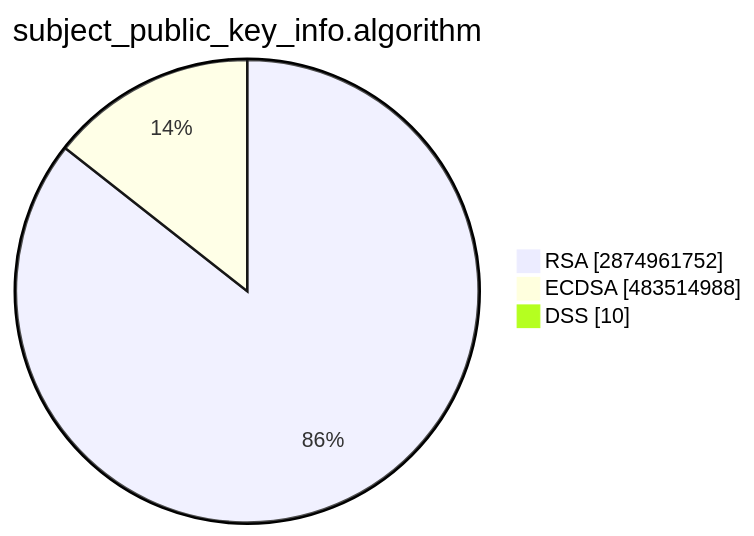
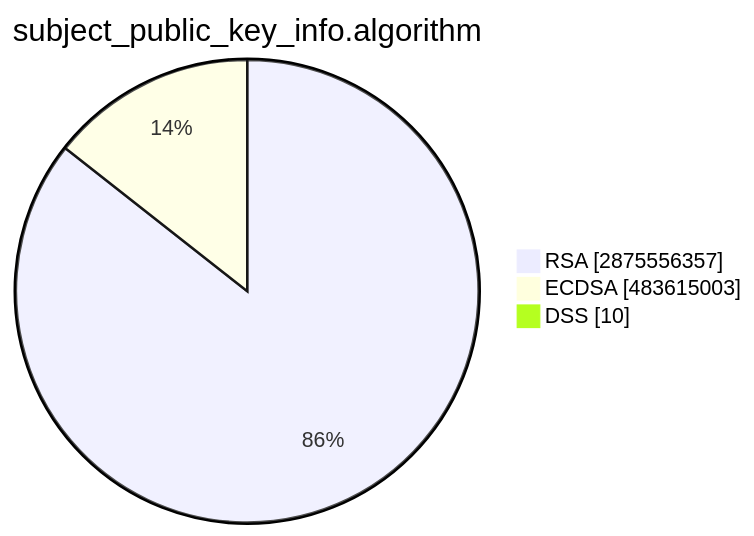
The second of 15 diagrams in TOTAL/README.md (christiankrug/ctmonitor_visualization), drawn with Mermaid before and after one commit. The commit also changed other lines of this file, not shown here.

````diff
--- a/TOTAL/README.md
+++ b/TOTAL/README.md
@@ -6,7 +6,7 @@
 ```mermaid
 pie showData
 title subject_public_key_info.algorithm
-"RSA" :2874961752
-"ECDSA" :483514988
+"RSA" :2875556357
+"ECDSA" :483615003
 "DSS" :10
 ```
````
